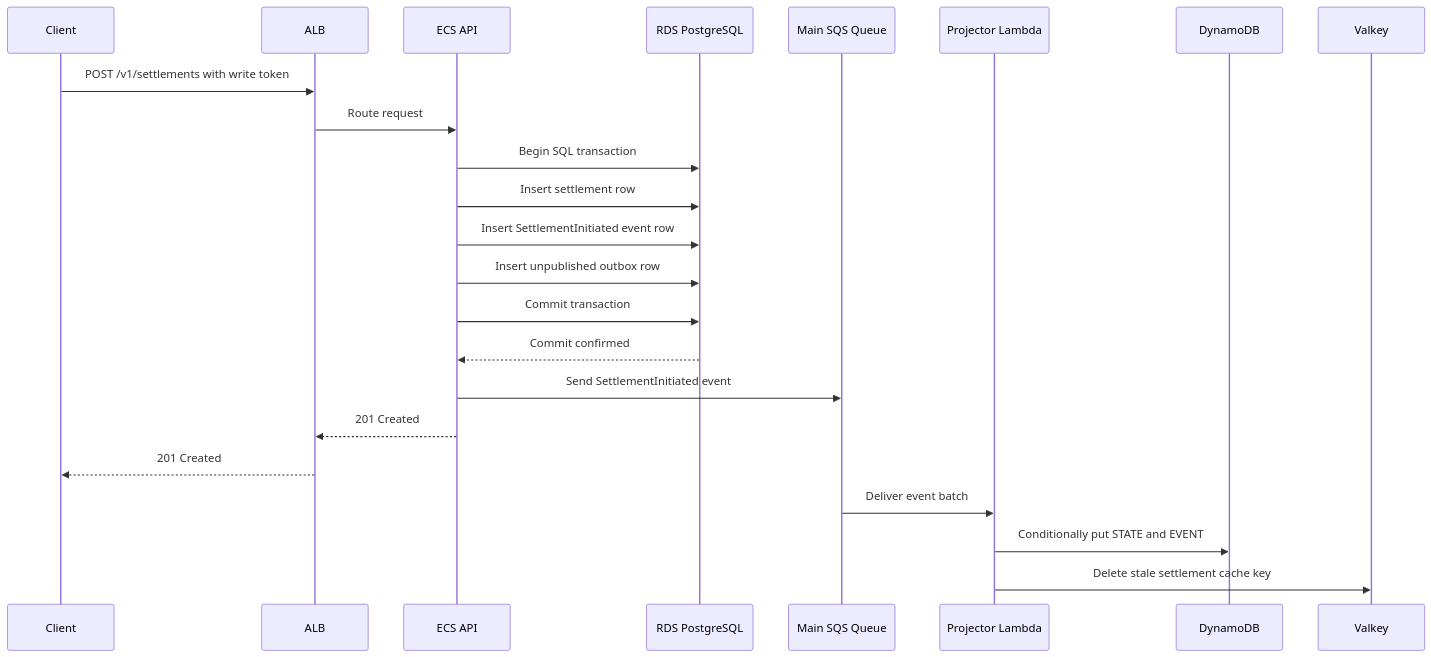
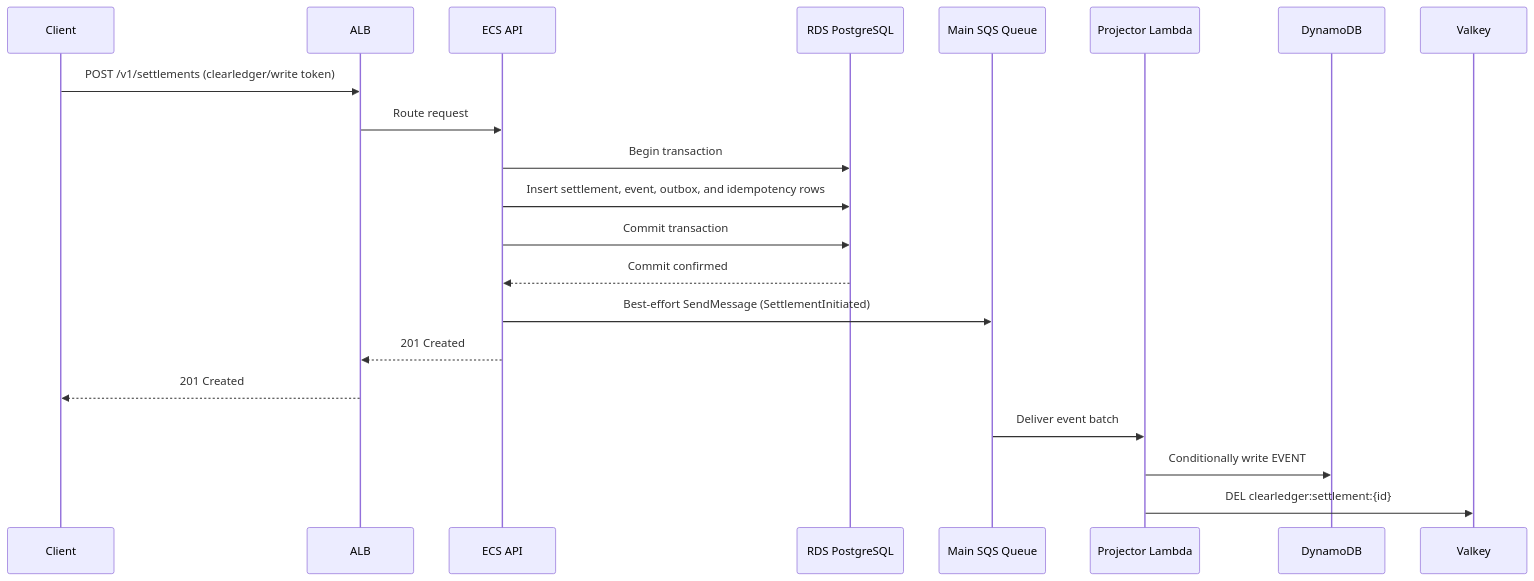
Before and after one commit to git-azeez/aw-az-01: the second of 8 diagrams in reasoning.md, drawn with Mermaid. The commit also changed other lines of this file and 1 other file, not shown here.

````diff
--- a/reasoning.md
+++ b/reasoning.md
@@ -74,26 +73,24 @@
 ```mermaid
 sequenceDiagram
     participant Client
     participant ALB
     participant API as ECS API
     participant RDS as RDS PostgreSQL
     participant SQS as Main SQS Queue
     participant Projector as Projector Lambda
     participant DDB as DynamoDB
     participant Valkey
 
-    Client->>ALB: POST /v1/settlements with write token
+    Client->>ALB: POST /v1/settlements (clearledger/write token)
     ALB->>API: Route request
-    API->>RDS: Begin SQL transaction
-    API->>RDS: Insert settlement row
-    API->>RDS: Insert SettlementInitiated event row
-    API->>RDS: Insert unpublished outbox row
+    API->>RDS: Begin transaction
+    API->>RDS: Insert settlement, event, outbox, and idempotency rows
     API->>RDS: Commit transaction
     RDS-->>API: Commit confirmed
-    API->>SQS: Send SettlementInitiated event
+    API->>SQS: Best-effort SendMessage (SettlementInitiated)
     API-->>ALB: 201 Created
     ALB-->>Client: 201 Created
     SQS->>Projector: Deliver event batch
-    Projector->>DDB: Conditionally put STATE and EVENT#00000001
-    Projector->>Valkey: Delete stale settlement cache key
+    Projector->>DDB: Conditionally write EVENT#00000001 and STATE
+    Projector->>Valkey: DEL clearledger:settlement:{id}
 ```
````
